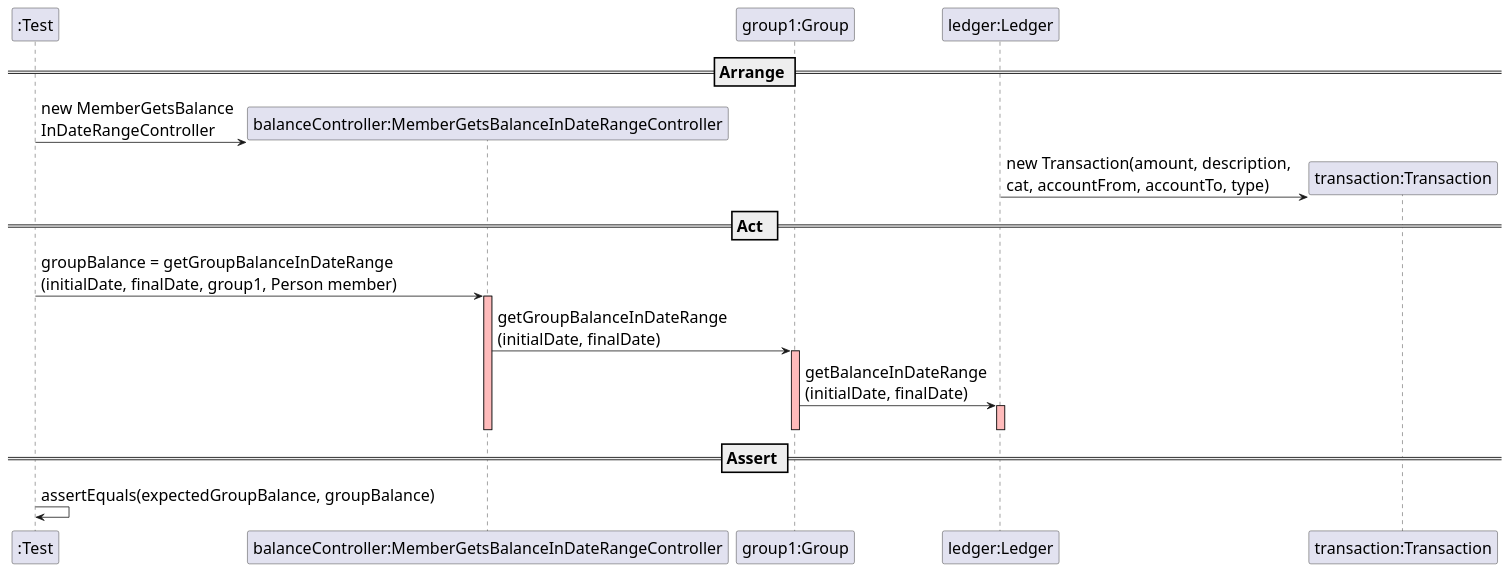
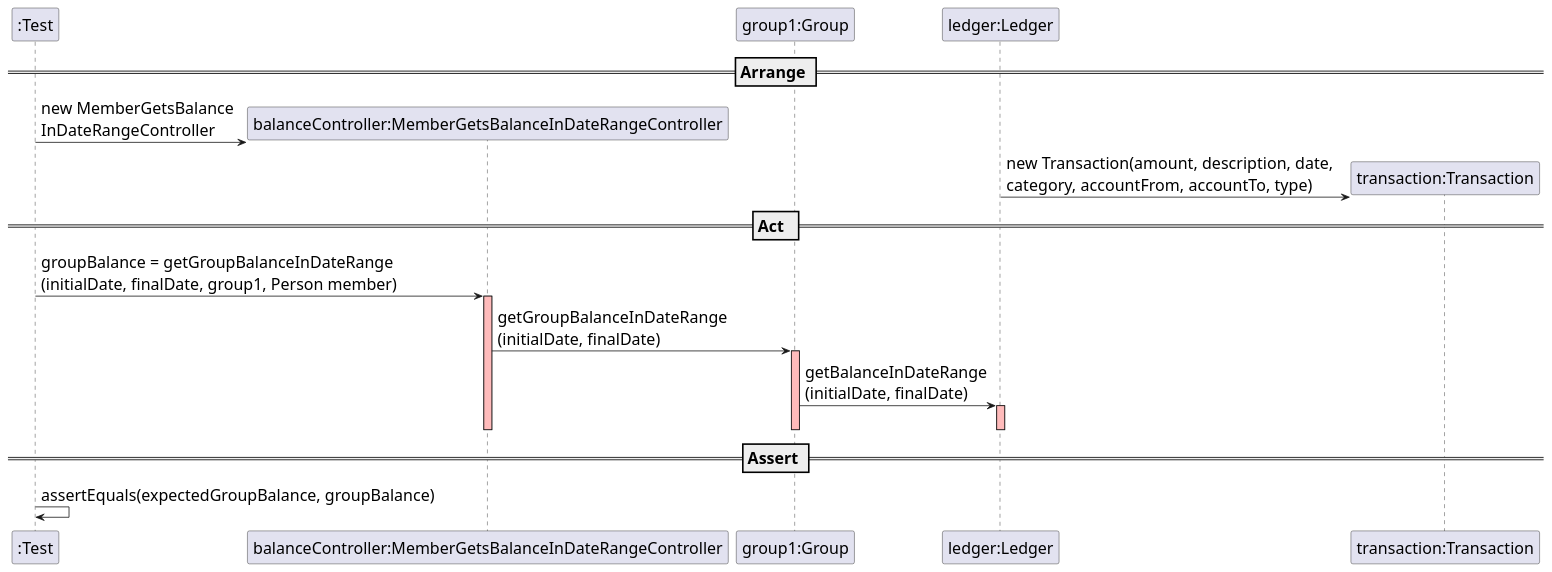
The diagram in docs/SequenceDiagram - US018.puml (mleitaoribeiro/DevOpsMaven), drawn with PlantUML before and after one commit. The commit also changed 1 other file, not shown here.

```diff
--- a/docs/SequenceDiagram - US018.puml
+++ b/docs/SequenceDiagram - US018.puml
@@ -1,39 +1,39 @@
 @startuml
 
 skinparam DefaultFontSize 20
 
 create ":Test"
 
 == Arrange ==
 
 create "balanceController:MemberGetsBalanceInDateRangeController"
 ":Test" -> "balanceController:MemberGetsBalanceInDateRangeController" : new MemberGetsBalance\nInDateRangeController
 
 participant "group1:Group"
 
 participant "ledger:Ledger"
 
 create "transaction:Transaction"
-"ledger:Ledger" -> "transaction:Transaction" : new Transaction(amount, description, \ncat, accountFrom, accountTo, type)
+"ledger:Ledger" -> "transaction:Transaction" : new Transaction(amount, description, date, \ncategory, accountFrom, accountTo, type)
 deactivate "ledger:Ledger" #FFBBBB
 
 == Act  ==
 
 ":Test" -> "balanceController:MemberGetsBalanceInDateRangeController" : groupBalance = getGroupBalanceInDateRange\n(initialDate, finalDate, group1, Person member)
 activate "balanceController:MemberGetsBalanceInDateRangeController" #FFBBBB
 
 "balanceController:MemberGetsBalanceInDateRangeController" -> "group1:Group": getGroupBalanceInDateRange\n(initialDate, finalDate)
 activate "group1:Group" #FFBBBB
 
 "group1:Group" -> "ledger:Ledger": getBalanceInDateRange\n(initialDate, finalDate)
 activate "ledger:Ledger" #FFBBBB
 
 deactivate "ledger:Ledger"
 deactivate "group1:Group"
 deactivate "balanceController:MemberGetsBalanceInDateRangeController"
 
 == Assert ==
 
 ":Test" -> ":Test" : assertEquals(expectedGroupBalance, groupBalance)
 
 @enduml
```
